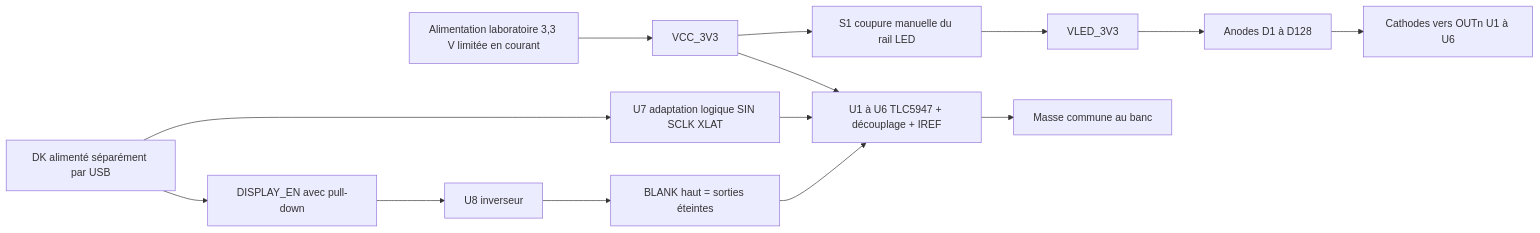
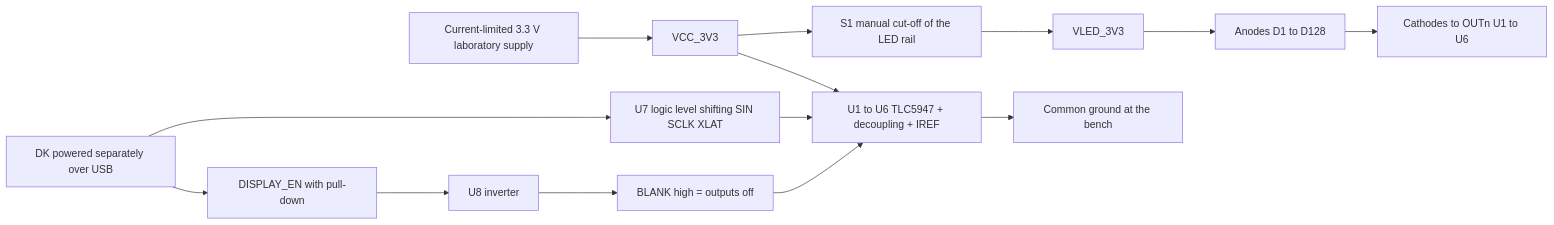
One commit to cluster2600/porscheparts changed the diagram in docs/projects/993-programmable-rear-panel/electronics/coupon.md. Above: the diagram before and after it, drawn with Mermaid. The commit also changed other lines of this file and 15 other files, not shown here.

````diff
--- a/docs/projects/993-programmable-rear-panel/electronics/coupon.md
+++ b/docs/projects/993-programmable-rear-panel/electronics/coupon.md
@@ -40,16 +40,16 @@
 ```mermaid
 flowchart LR
-  PSU[Alimentation laboratoire 3,3 V limitée en courant] --> VCC[VCC_3V3]
-  VCC --> STOP[S1 coupure manuelle du rail LED]
+  PSU[Current-limited 3.3 V laboratory supply] --> VCC[VCC_3V3]
+  VCC --> STOP[S1 manual cut-off of the LED rail]
   STOP --> VLED[VLED_3V3]
-  VLED --> LED[Anodes D1 à D128]
-  LED --> OUT[Cathodes vers OUTn U1 à U6]
-  VCC --> DRV[U1 à U6 TLC5947 + découplage + IREF]
-  MCU[DK alimenté séparément par USB] --> BUF[U7 adaptation logique SIN SCLK XLAT]
+  VLED --> LED[Anodes D1 to D128]
+  LED --> OUT[Cathodes to OUTn U1 to U6]
+  VCC --> DRV[U1 to U6 TLC5947 + decoupling + IREF]
+  MCU[DK powered separately over USB] --> BUF[U7 logic level shifting SIN SCLK XLAT]
   BUF --> DRV
-  MCU --> RUN[DISPLAY_EN avec pull-down]
-  RUN --> INV[U8 inverseur]
-  INV --> BLANK[BLANK haut = sorties éteintes]
+  MCU --> RUN[DISPLAY_EN with pull-down]
+  RUN --> INV[U8 inverter]
+  INV --> BLANK[BLANK high = outputs off]
   BLANK --> DRV
-  DRV --> GND[Masse commune au banc]
+  DRV --> GND[Common ground at the bench]
 ```
````
